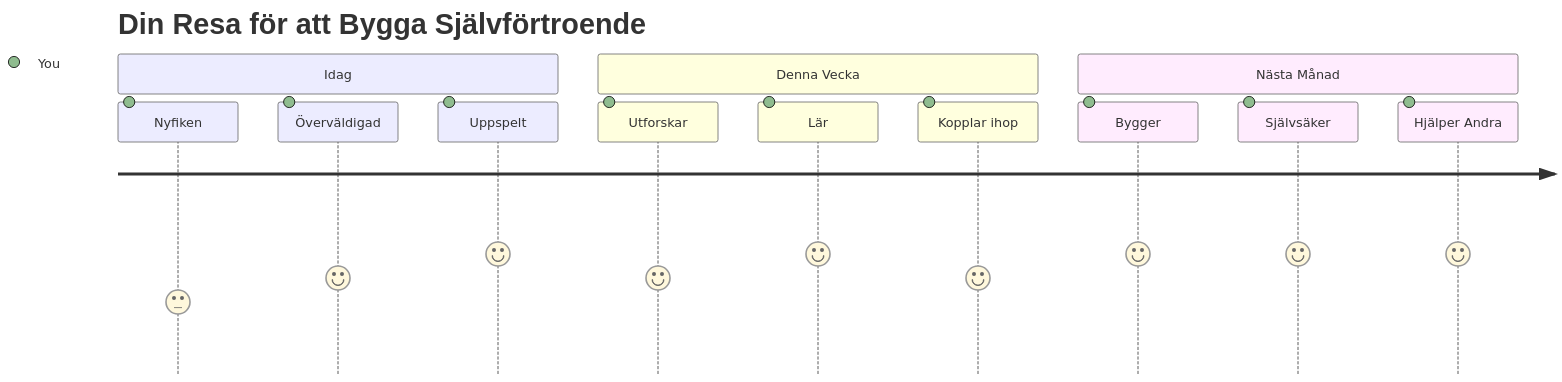
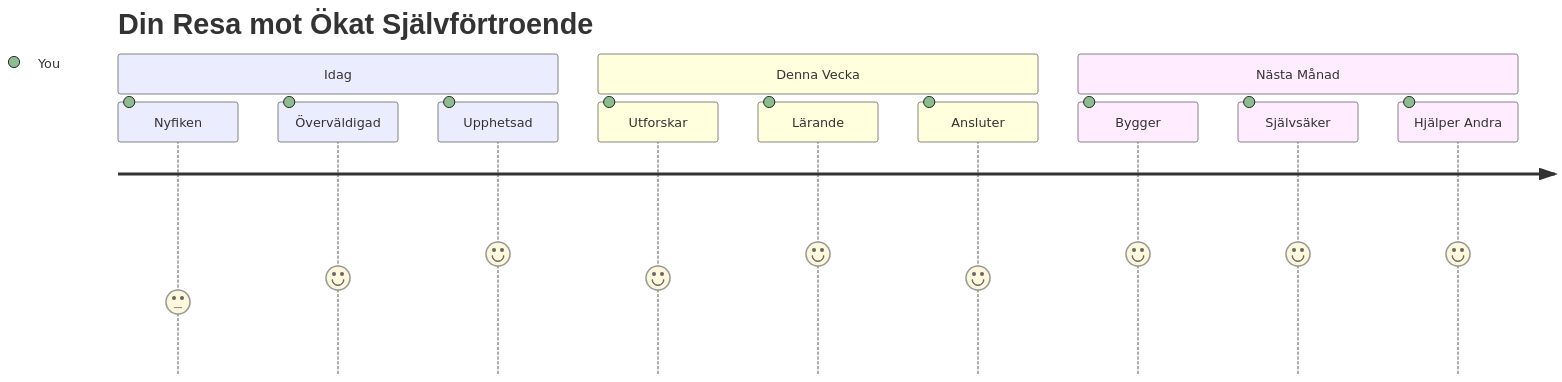
The seventh of 7 diagrams in translations/sv/1-getting-started-lessons/1-intro-to-programming-languages/README.md (microsoft/Web-Dev-For-Beginners), drawn with Mermaid before and after one commit. The commit also changed other lines of this file and 8 other files, not shown here.

````diff
--- a/translations/sv/1-getting-started-lessons/1-intro-to-programming-languages/README.md
+++ b/translations/sv/1-getting-started-lessons/1-intro-to-programming-languages/README.md
@@ -833,16 +833,16 @@
 ```mermaid
 journey
-    title Din Resa för att Bygga Självförtroende
+    title Din Resa mot Ökat Självförtroende
     section Idag
       Nyfiken: 3: You
       Överväldigad: 4: You
-      Uppspelt: 5: You
+      Upphetsad: 5: You
     section Denna Vecka
       Utforskar: 4: You
-      Lär: 5: You
-      Kopplar ihop: 4: You
+      Lärande: 5: You
+      Ansluter: 4: You
     section Nästa Månad
       Bygger: 5: You
       Självsäker: 5: You
       Hjälper Andra: 5: You
 ```
````
